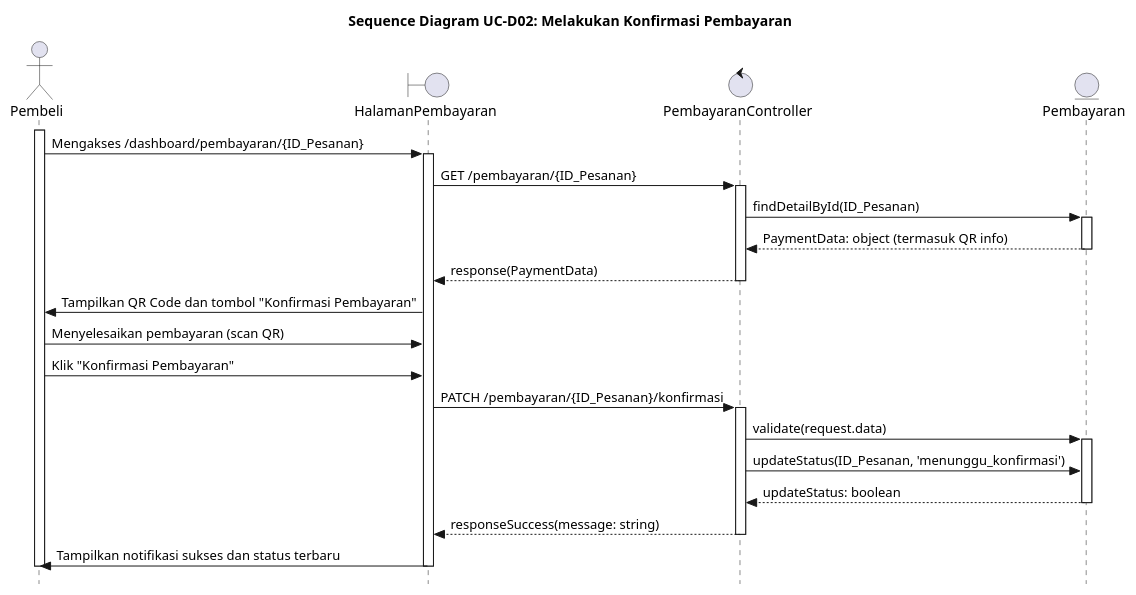
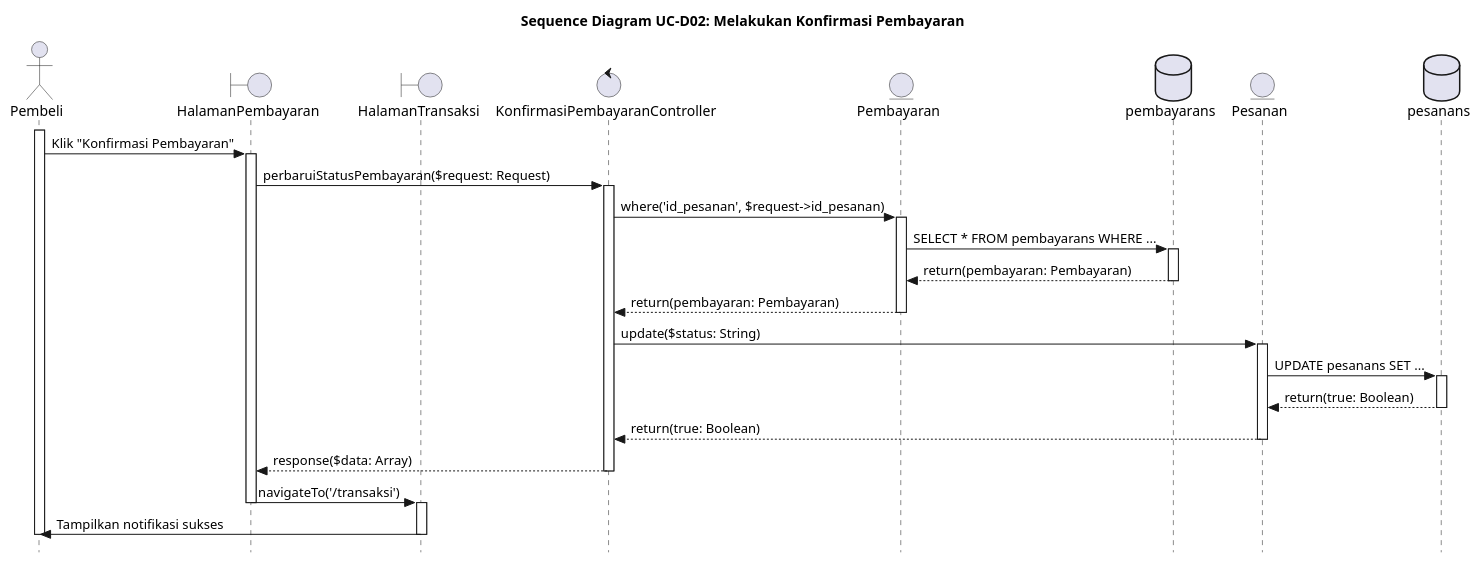
The diagram in UC-D02.PUML (alfiahnurfa/RSI-PROYEK-AKHIR-SEQUENCE), drawn with PlantUML before and after one commit. The commit also changed 8 other files, not shown here.

Commit message:
fix bbrp sequence diagram

```diff
--- a/UC-D02.PUML
+++ b/UC-D02.PUML
@@ -1,46 +1,54 @@
 @startuml SD-UC-D02_MelakukanKonfirmasiPembayaran
 title Sequence Diagram UC-D02: Melakukan Konfirmasi Pembayaran
 skinparam style strictuml
 
 actor Pembeli
 boundary HalamanPembayaran
-control PembayaranController
+boundary HalamanTransaksi
+control KonfirmasiPembayaranController
 entity Pembayaran
+database pembayarans
+entity Pesanan
+database pesanans
 
 activate Pembeli
-Pembeli -> HalamanPembayaran : Mengakses /dashboard/pembayaran/{ID_Pesanan}
+Pembeli -> HalamanPembayaran : Klik "Konfirmasi Pembayaran"
 activate HalamanPembayaran
 
-HalamanPembayaran -> PembayaranController : GET /pembayaran/{ID_Pesanan}
-activate PembayaranController
-PembayaranController -> Pembayaran : findDetailById(ID_Pesanan)
+HalamanPembayaran -> KonfirmasiPembayaranController : perbaruiStatusPembayaran($request: Request)
+activate KonfirmasiPembayaranController
+
+KonfirmasiPembayaranController -> Pembayaran : where('id_pesanan', $request->id_pesanan)
 activate Pembayaran
-Pembayaran --> PembayaranController : PaymentData: object (termasuk QR info)
+
+Pembayaran -> pembayarans : SELECT * FROM pembayarans WHERE ...
+activate pembayarans
+pembayarans --> Pembayaran : return(pembayaran: Pembayaran)
+deactivate pembayarans
+
+Pembayaran --> KonfirmasiPembayaranController : return(pembayaran: Pembayaran)
 deactivate Pembayaran
 
-PembayaranController --> HalamanPembayaran : response(PaymentData)
-deactivate PembayaranController
+KonfirmasiPembayaranController -> Pesanan : update($status: String)
+activate Pesanan
 
-HalamanPembayaran -> Pembeli : Tampilkan QR Code dan tombol "Konfirmasi Pembayaran"
+Pesanan -> pesanans : UPDATE pesanans SET ...
+activate pesanans
+pesanans --> Pesanan : return(true: Boolean)
+deactivate pesanans
 
-Pembeli -> HalamanPembayaran : Menyelesaikan pembayaran (scan QR)
-Pembeli -> HalamanPembayaran : Klik "Konfirmasi Pembayaran"
+Pesanan --> KonfirmasiPembayaranController : return(true: Boolean)
+deactivate Pesanan
 
-HalamanPembayaran -> PembayaranController : PATCH /pembayaran/{ID_Pesanan}/konfirmasi
-activate PembayaranController
+KonfirmasiPembayaranController --> HalamanPembayaran : response($data: Array)
+deactivate KonfirmasiPembayaranController
 
-PembayaranController -> Pembayaran : validate(request.data)
-activate Pembayaran
+HalamanPembayaran -> HalamanTransaksi : navigateTo('/transaksi')
+deactivate HalamanPembayaran
+activate HalamanTransaksi
 
-PembayaranController -> Pembayaran : updateStatus(ID_Pesanan, 'menunggu_konfirmasi')
-Pembayaran --> PembayaranController : updateStatus: boolean
-deactivate Pembayaran
-
-PembayaranController --> HalamanPembayaran : responseSuccess(message: string)
-deactivate PembayaranController
-
-HalamanPembayaran -> Pembeli : Tampilkan notifikasi sukses dan status terbaru
-deactivate HalamanPembayaran
+HalamanTransaksi -> Pembeli : Tampilkan notifikasi sukses
+deactivate HalamanTransaksi
 deactivate Pembeli
 
 @enduml
```
